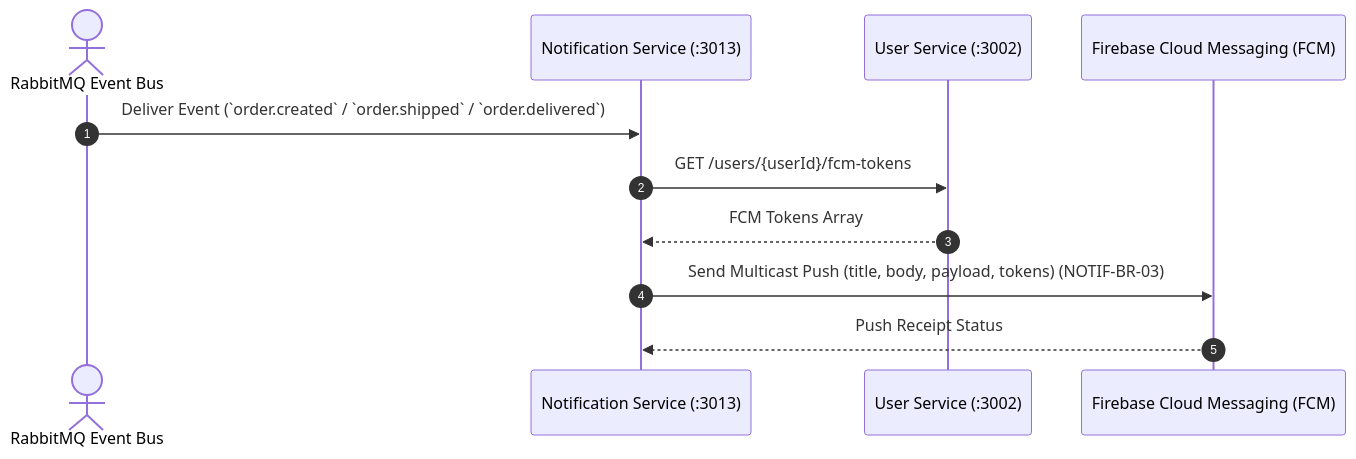
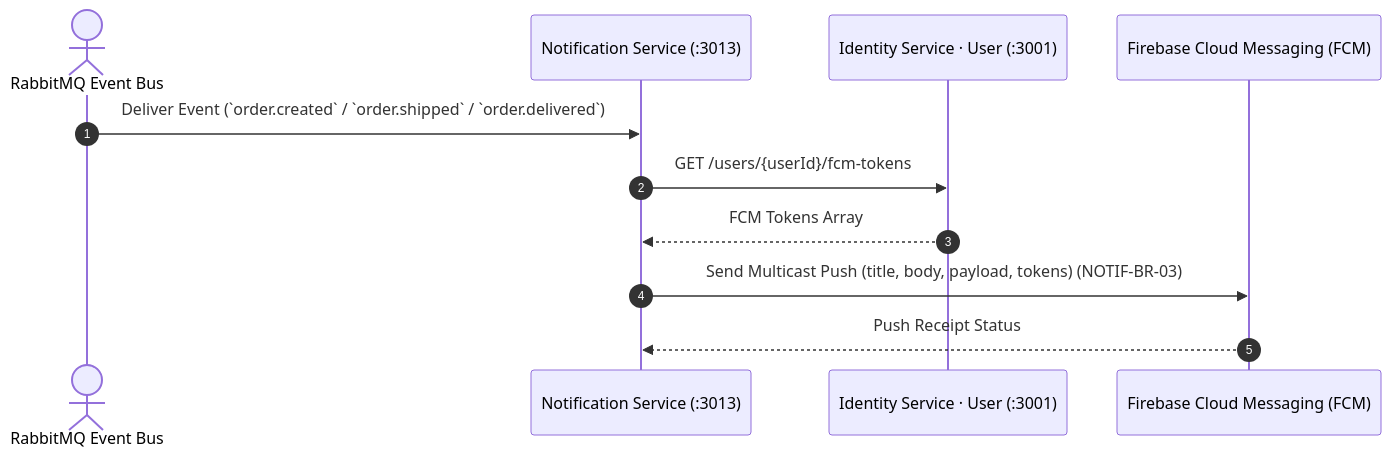
One commit to nilernous/omni-ecommerce-platform changed the diagram in .agent/workflows/notification/send-push.md. Above: the diagram before and after it, drawn with Mermaid. The commit also changed other lines of this file and 54 other files, not shown here.

First line of the commit message:
docs: update architecture docs for the 12-service layout

````diff
--- a/.agent/workflows/notification/send-push.md
+++ b/.agent/workflows/notification/send-push.md
@@ -197,14 +197,14 @@
 ```mermaid
 sequenceDiagram
   autonumber
   actor Broker as RabbitMQ Event Bus
   participant NotifSvc as Notification Service (:3013)
-  participant UserSvc as User Service (:3002)
+  participant UserSvc as Identity Service · User (:3001)
   participant FCM as Firebase Cloud Messaging (FCM)
 
   Broker->>NotifSvc: Deliver Event (`order.created` / `order.shipped` / `order.delivered`)
   NotifSvc->>UserSvc: GET /users/{userId}/fcm-tokens
   UserSvc-->>NotifSvc: FCM Tokens Array
   NotifSvc->>FCM: Send Multicast Push (title, body, payload, tokens) (NOTIF-BR-03)
   FCM-->>NotifSvc: Push Receipt Status
 ```
````
